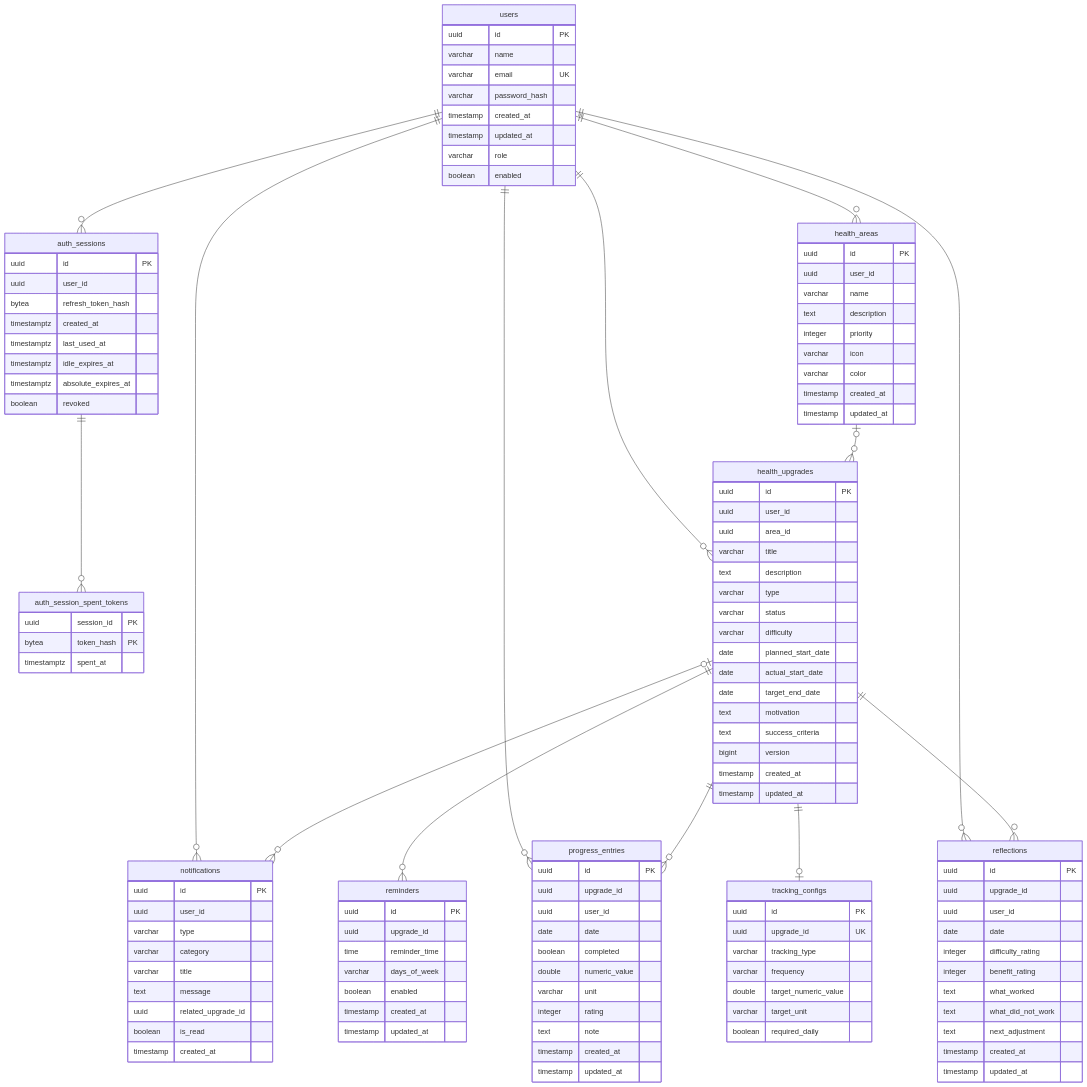
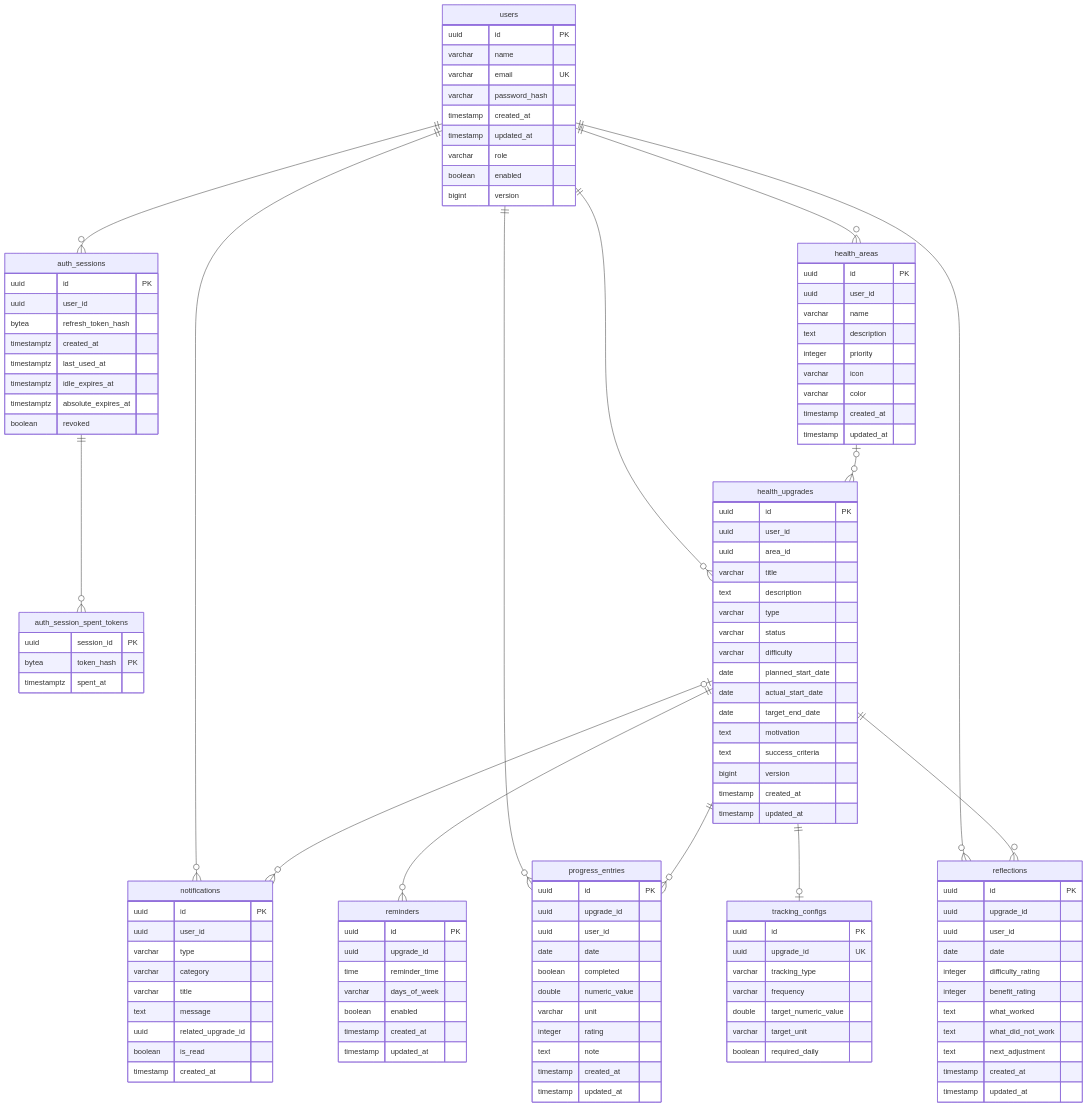
One commit to NaimElijah/UpHealther changed the seventh of 7 diagrams in docs/architecture/arch-diagrams/README.md. Above: the diagram before and after it, drawn with Mermaid. The commit also changed 7 other files, not shown here.

```diff
--- a/docs/architecture/arch-diagrams/README.md
+++ b/docs/architecture/arch-diagrams/README.md
@@ -467,6 +467,7 @@
         timestamp updated_at
         varchar role
         boolean enabled
+        bigint version
     }
     health_areas {
         uuid id PK
```
